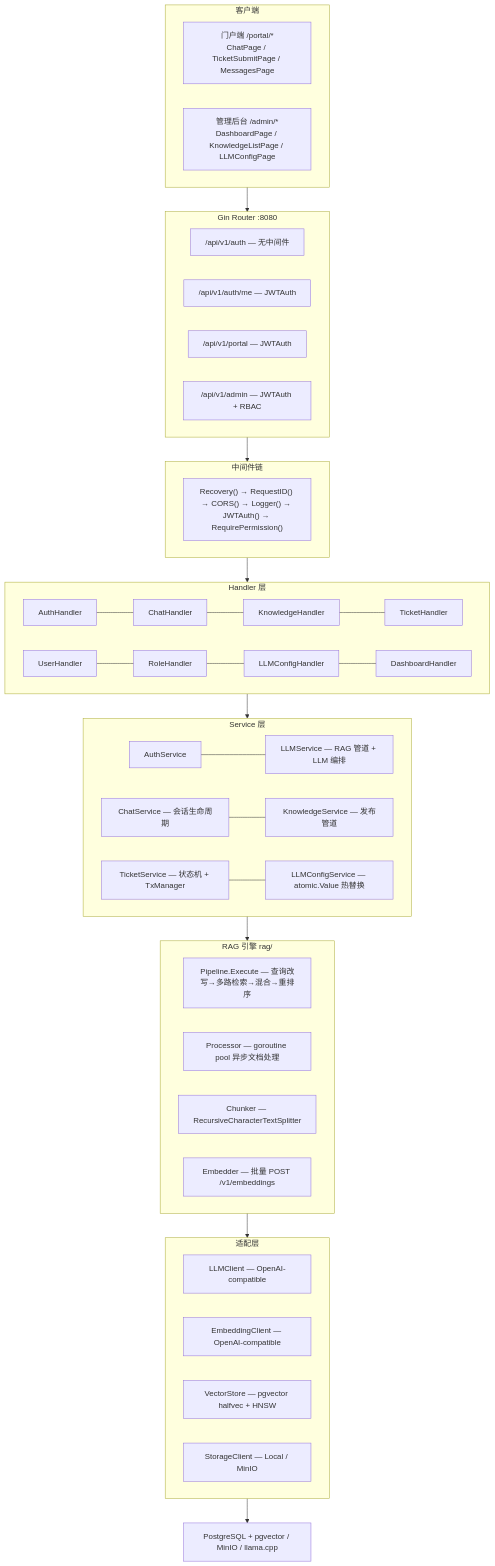
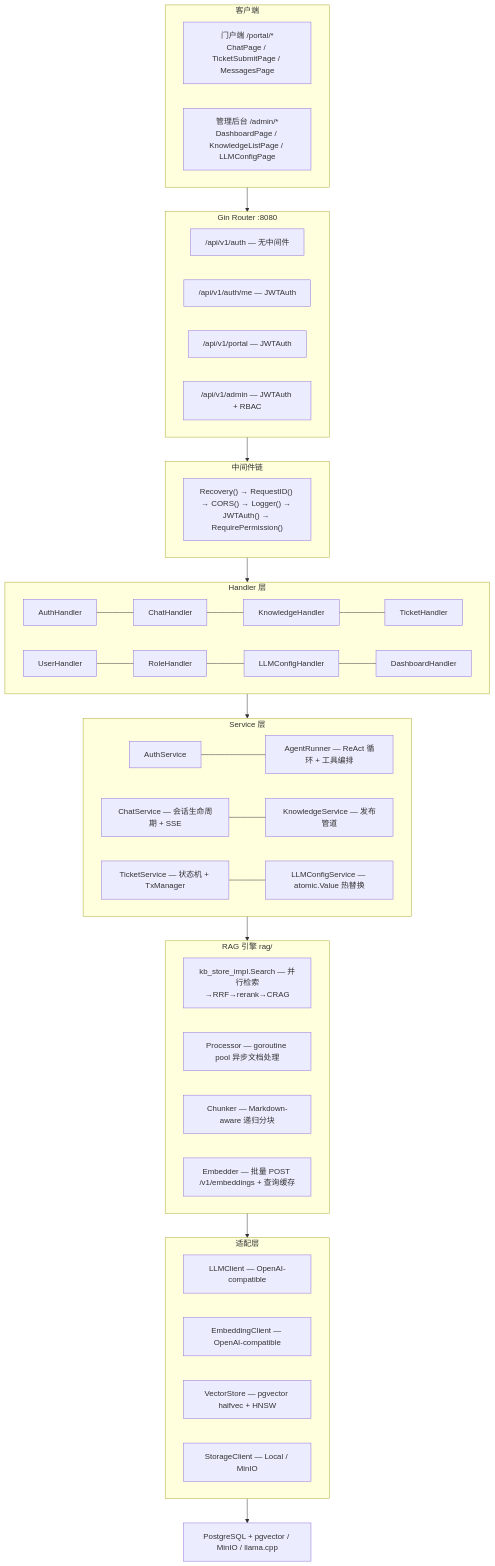
The first of 11 diagrams in docs/TECH.md (int2t05/Cognik), drawn with Mermaid before and after one commit. The commit also changed other lines of this file and 16 other files, not shown here.

````diff
--- a/docs/TECH.md
+++ b/docs/TECH.md
@@ -9,46 +9,46 @@
 ```mermaid
 flowchart TB
     subgraph Client["客户端"]
         Portal["门户端 /portal/*<br/>ChatPage / TicketSubmitPage / MessagesPage"]
         Admin["管理后台 /admin/*<br/>DashboardPage / KnowledgeListPage / LLMConfigPage"]
     end
 
     subgraph Router["Gin Router :8080"]
         Public["/api/v1/auth — 无中间件"]
         JWTGroup["/api/v1/auth/me — JWTAuth"]
         PortalGroup["/api/v1/portal — JWTAuth"]
         AdminGroup["/api/v1/admin — JWTAuth + RBAC"]
     end
 
     subgraph MW["中间件链"]
         Recovery["Recovery() → RequestID() → CORS() → Logger() → JWTAuth() → RequirePermission()"]
     end
 
     subgraph Handler["Handler 层"]
         AH["AuthHandler"] --- CH["ChatHandler"] --- KH["KnowledgeHandler"] --- TH["TicketHandler"]
         UH["UserHandler"] --- RH["RoleHandler"] --- LH["LLMConfigHandler"] --- DH["DashboardHandler"]
     end
 
     subgraph Service["Service 层"]
-        AuthSvc["AuthService"] --- LLMSvc["LLMService — RAG 管道 + LLM 编排"]
-        ChatSvc["ChatService — 会话生命周期"] --- KnowledgeSvc["KnowledgeService — 发布管道"]
+        AuthSvc["AuthService"] --- AgentSvc["AgentRunner — ReAct 循环 + 工具编排"]
+        ChatSvc["ChatService — 会话生命周期 + SSE"] --- KnowledgeSvc["KnowledgeService — 发布管道"]
         TicketSvc["TicketService — 状态机 + TxManager"] --- LLMCfgSvc["LLMConfigService — atomic.Value 热替换"]
     end
 
     subgraph RAG["RAG 引擎 rag/"]
-        Pipeline["Pipeline.Execute — 查询改写→多路检索→混合→重排序"]
+        Search["kb_store_impl.Search — 并行检索→RRF→rerank→CRAG"]
         Processor["Processor — goroutine pool 异步文档处理"]
-        Chunker["Chunker — RecursiveCharacterTextSplitter"]
-        Embedder["Embedder — 批量 POST /v1/embeddings"]
+        Chunker["Chunker — Markdown-aware 递归分块"]
+        Embedder["Embedder — 批量 POST /v1/embeddings + 查询缓存"]
     end
 
     subgraph Adapter["适配层"]
         LLM["LLMClient — OpenAI-compatible"]
         EMB["EmbeddingClient — OpenAI-compatible"]
         VEC["VectorStore — pgvector halfvec + HNSW"]
         STO["StorageClient — Local / MinIO"]
     end
 
     Client --> Router --> MW --> Handler --> Service --> RAG --> Adapter
     Adapter --> Infra["PostgreSQL + pgvector / MinIO / llama.cpp"]
 ```
````
